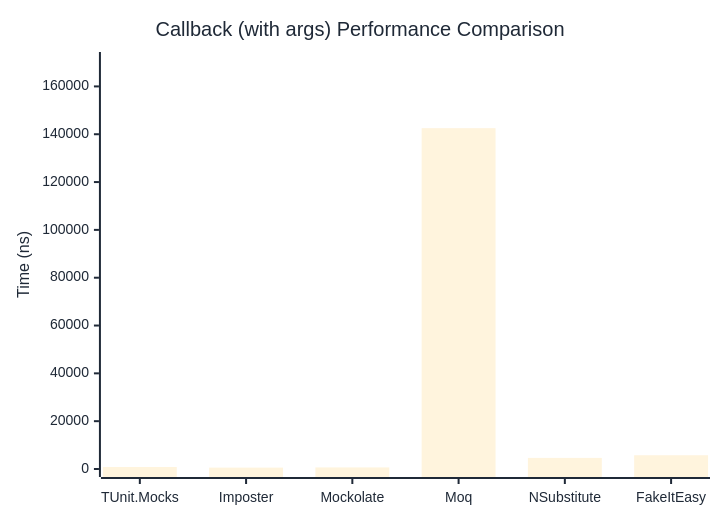
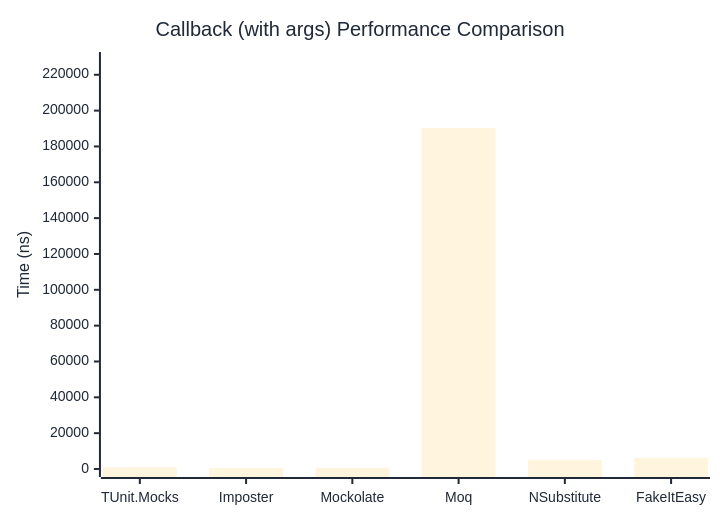
Before and after one commit to thomhurst/TUnit: the second of 2 diagrams in docs/docs/benchmarks/mocks/Callback.md, drawn with Mermaid. The commit also changed other lines of this file and 14 other files, not shown here.

````diff
--- a/docs/docs/benchmarks/mocks/Callback.md
+++ b/docs/docs/benchmarks/mocks/Callback.md
@@ -69,27 +69,27 @@
 ```mermaid
 %%{init: {
   'theme':'base',
   'themeVariables': {
     'primaryColor': '#2563eb',
     'primaryTextColor': '#1f2937',
     'primaryBorderColor': '#1e40af',
     'lineColor': '#6b7280',
     'secondaryColor': '#7c3aed',
     'tertiaryColor': '#dc2626',
     'background': '#ffffff',
     'pie1': '#2563eb',
     'pie2': '#7c3aed',
     'pie3': '#dc2626',
     'pie4': '#f59e0b',
     'pie5': '#10b981',
     'pie6': '#06b6d4',
     'pie7': '#ec4899',
     'pie8': '#6366f1'
   }
 }}%%
 xychart-beta
   title "Callback (with args) Performance Comparison"
   x-axis ["TUnit.Mocks", "Imposter", "Mockolate", "Moq", "NSubstitute", "FakeItEasy"]
-  y-axis "Time (ns)" 0 --> 171047
-  bar [827.5, 577.5, 659.4, 142538.6, 4639, 5757.7]
+  y-axis "Time (ns)" 0 --> 228243
+  bar [846.7, 568.3, 682.2, 190202.5, 5070.5, 6256.1]
 ```
````
